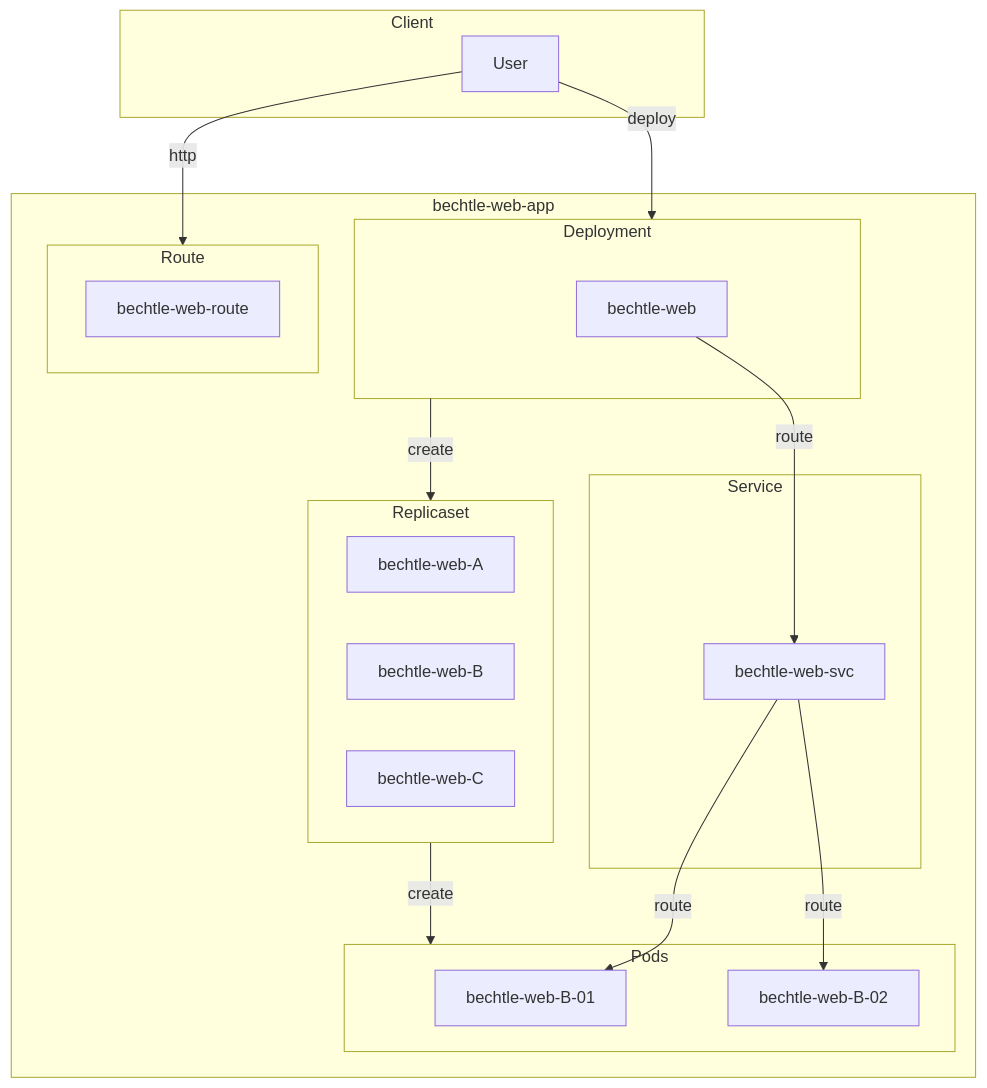
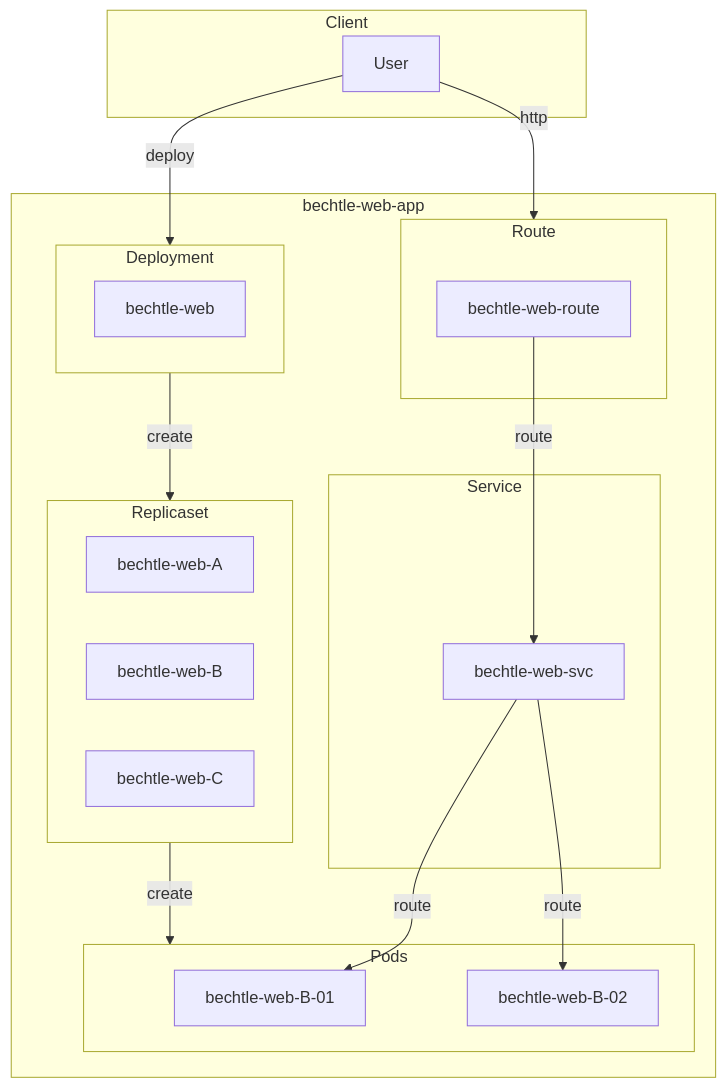
The second of 2 diagrams in README.md (tkops/bechtle), drawn with Mermaid before and after one commit.

````diff
--- a/README.md
+++ b/README.md
@@ -28,33 +28,33 @@
 ```mermaid
 flowchart TD
   subgraph app[bechtle-web-app]
     subgraph deploy[Deployment]
       bechtle-web
     end
     subgraph rs[Replicaset]
       bechtle-web-A
       bechtle-web-B
       bechtle-web-C
     end
     subgraph pod[Pods]
       pod1[bechtle-web-B-01]
       pod2[bechtle-web-B-02]
     end
     subgraph svc[Service]
       svc1[bechtle-web-svc]
     end
     subgraph route[Route]
       bechtle-web-route
     end
   end
   subgraph client[Client]
     user[User]
   end
   user --http--> route
   user --deploy-->deploy
   deploy -- create --> rs
   rs -- create --> pod
-  bechtle-web -- route --> svc1
+  bechtle-web-route -- route --> svc1
   svc1 -- route --> pod1
   svc1 -- route --> pod2
 ```
````
